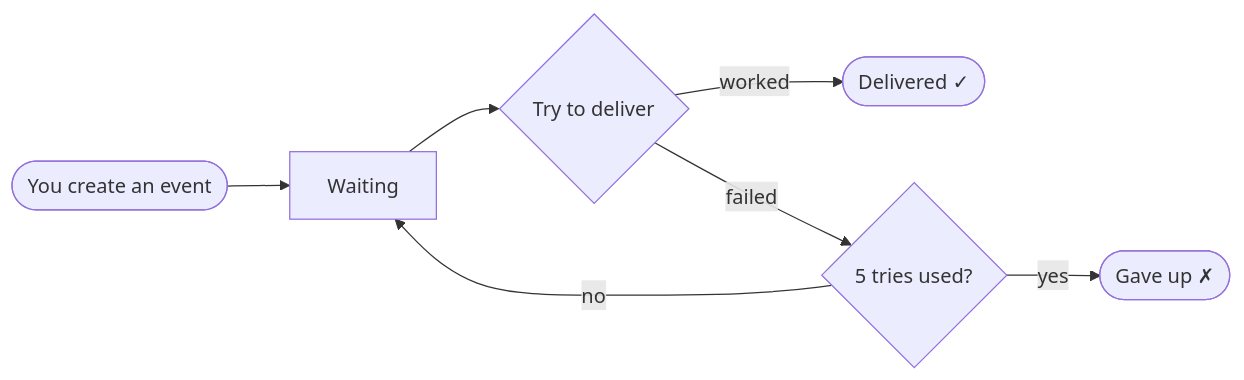
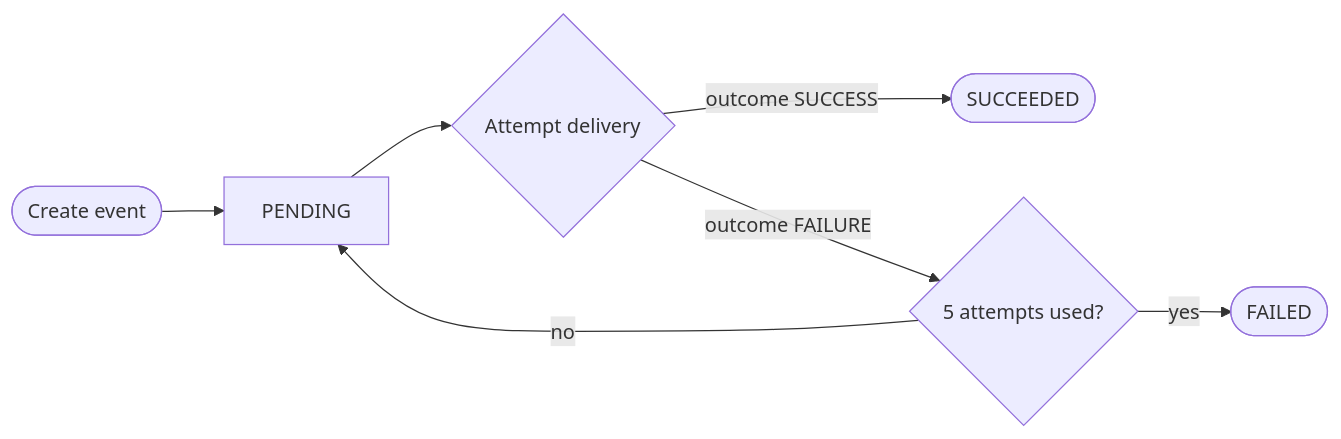
The first of 3 diagrams in README.md (vm1991/webhook-dashboard), drawn with Mermaid before and after one commit. The commit also changed other lines of this file and 1 other file, not shown here.

````diff
--- a/README.md
+++ b/README.md
@@ -72,9 +75,9 @@
 ```mermaid
 flowchart LR
-    A(["You create an event"]) --> B["Waiting"]
-    B --> C{"Try to deliver"}
-    C -->|worked| D(["Delivered ✓"])
-    C -->|failed| E{"5 tries used?"}
+    A(["Create event"]) --> B["PENDING"]
+    B --> C{"Attempt delivery"}
+    C -->|outcome SUCCESS| D(["SUCCEEDED"])
+    C -->|outcome FAILURE| E{"5 attempts used?"}
     E -->|no| B
-    E -->|yes| F(["Gave up ✗"])
+    E -->|yes| F(["FAILED"])
 ```
````
